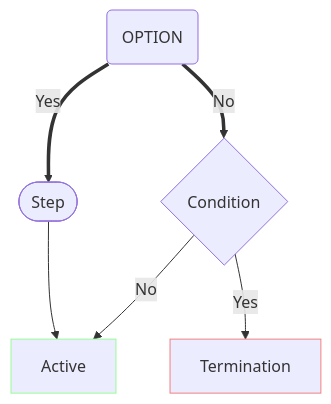
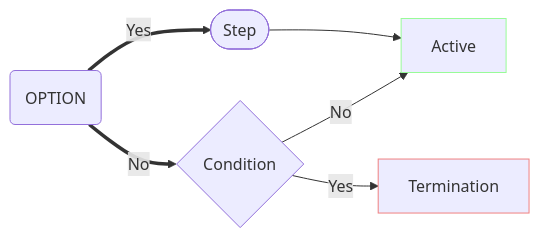
Before and after one commit to MODFLOW-USGS/modflow6: the first of 3 diagrams in src/Solution/ParticleTracker/vertical.md, drawn with Mermaid.

````diff
--- a/src/Solution/ParticleTracker/vertical.md
+++ b/src/Solution/ParticleTracker/vertical.md
@@ -18,14 +18,14 @@
 ```mermaid
-flowchart TD
+flowchart LR
      OPTION[Outcome]
     OPTION(OPTION) ==> |Yes| STEP([Step])
     STEP --> ACTIVE
     OPTION ==> |No| CONDITION{Condition}
     CONDITION --> |Yes| TERMINATE
     CONDITION --> |No| ACTIVE
     ACTIVE[Active]:::active
     TERMINATE[Termination]:::terminate
 
     classDef active stroke:#98fb98
     classDef terminate stroke:#f08080
 ```
````
